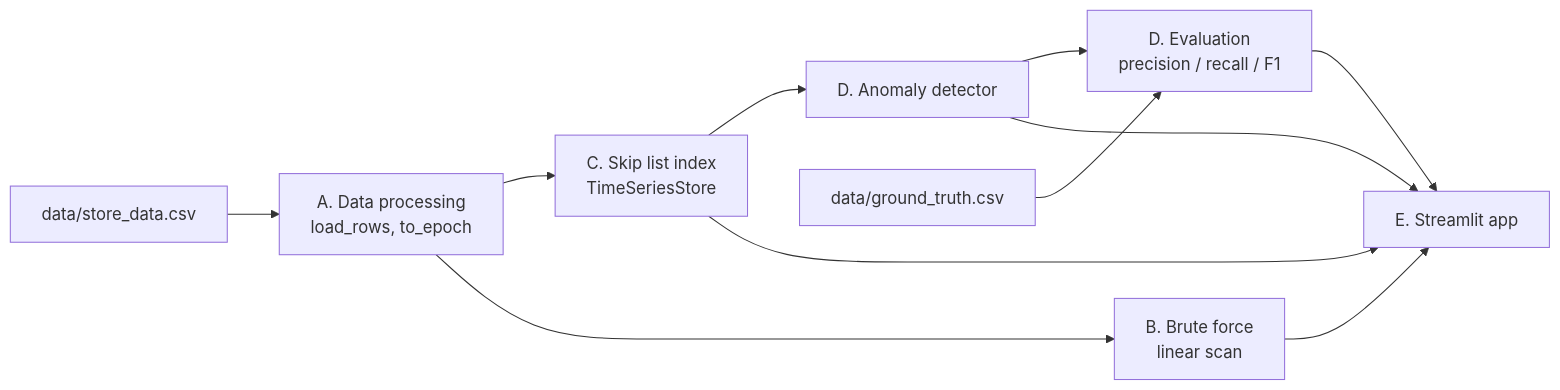
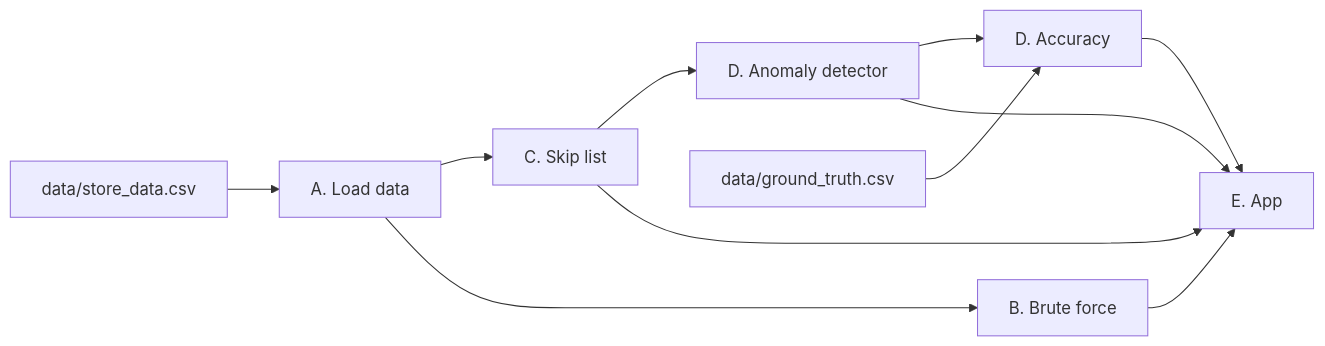
Before and after one commit to Khushboo282/Electricity-Consumption-Timeseries-Anomaly-Detector: the diagram in docs/README_team.md, drawn with Mermaid. The commit also changed other lines of this file and 10 other files, not shown here.

````diff
--- a/docs/README_team.md
+++ b/docs/README_team.md
@@ -51,13 +44,13 @@
 ```mermaid
 flowchart LR
-    CSV["data/store_data.csv"] --> DP["A. Data processing<br/>load_rows, to_epoch"]
-    DP --> SL["C. Skip list index<br/>TimeSeriesStore"]
-    DP --> BF["B. Brute force<br/>linear scan"]
+    CSV["data/store_data.csv"] --> DP["A. Load data"]
+    DP --> SL["C. Skip list"]
+    DP --> BF["B. Brute force"]
     SL --> AD["D. Anomaly detector"]
-    GT["data/ground_truth.csv"] --> EV["D. Evaluation<br/>precision / recall / F1"]
+    GT["data/ground_truth.csv"] --> EV["D. Accuracy"]
     AD --> EV
-    SL --> UI["E. Streamlit app"]
+    SL --> UI["E. App"]
     BF --> UI
     AD --> UI
     EV --> UI
 ```
````
